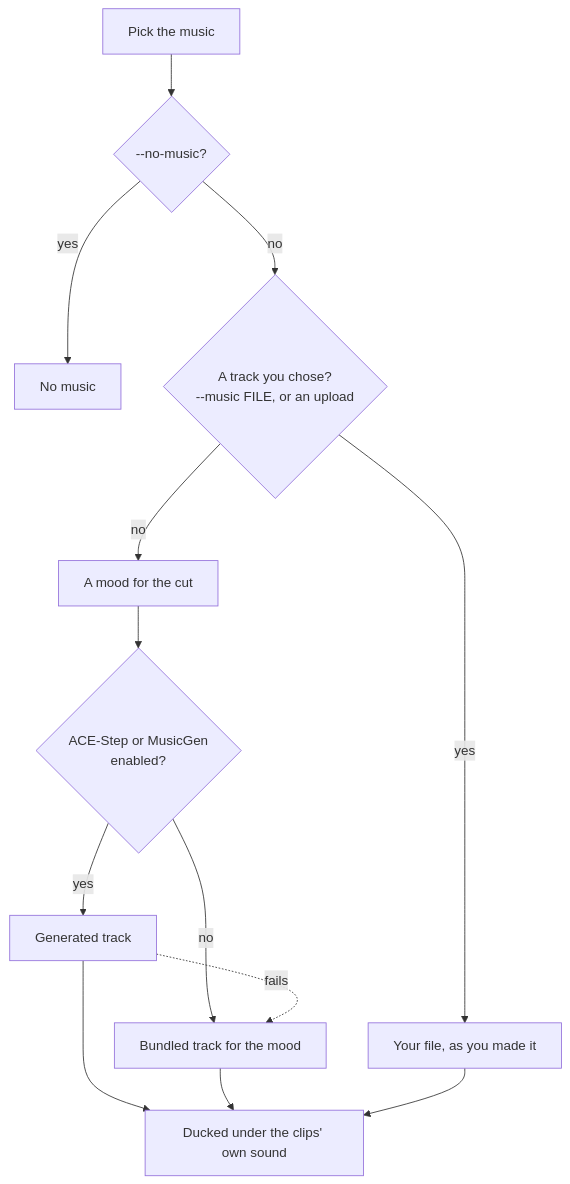
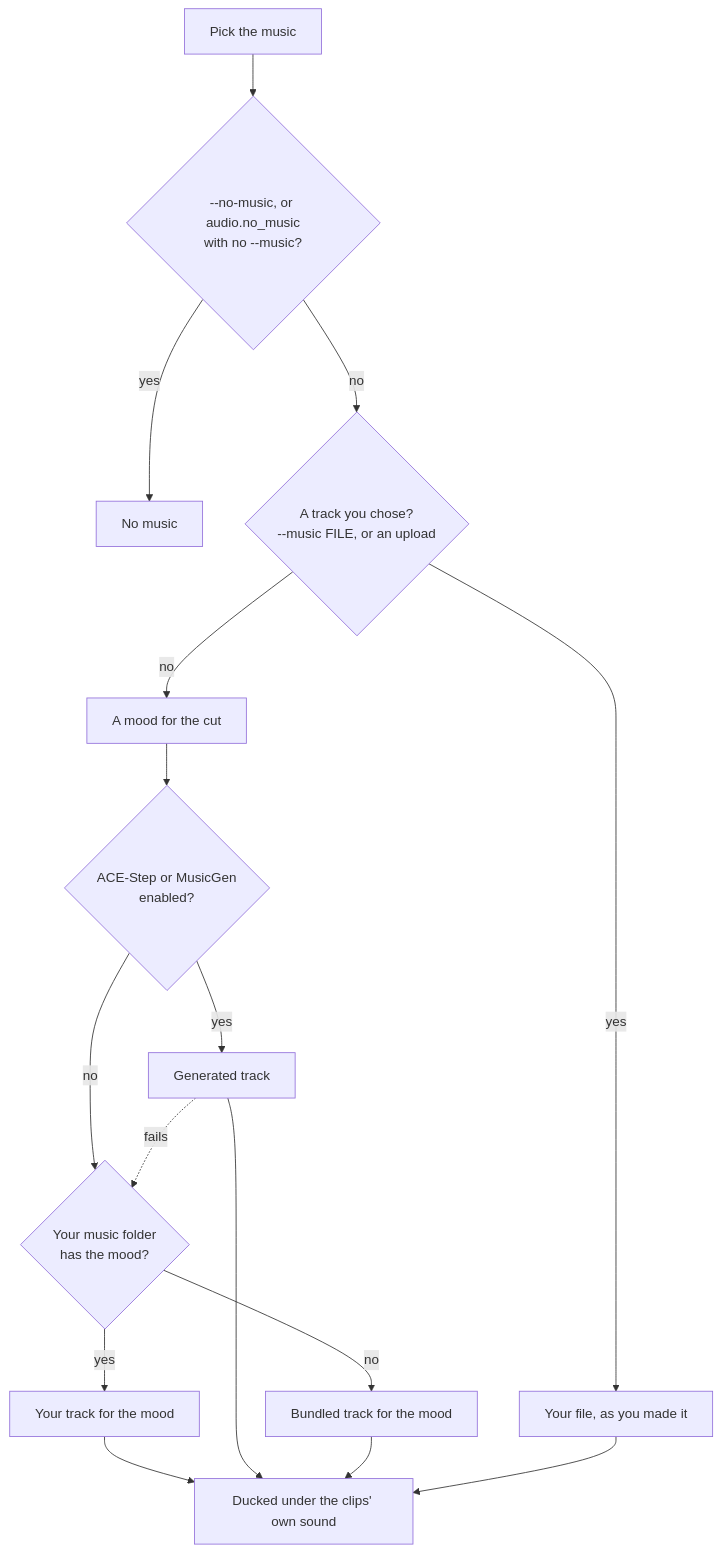
The diagram in docs-site/docs/reference/output-rendering.md (sam-dumont/immich-memories), drawn with Mermaid before and after one commit. The commit also changed other lines of this file and 17 other files, not shown here.

First line of the commit message:
fix(music): films use your own music folder, and no music is a choice in config, web and automation (#2577)

````diff
--- a/docs-site/docs/reference/output-rendering.md
+++ b/docs-site/docs/reference/output-rendering.md
@@ -317,15 +317,18 @@
 ```mermaid
 flowchart TD
-    start["Pick the music"] --> nomusic{"--no-music?"}
+    start["Pick the music"] --> nomusic{"--no-music, or audio.no_music<br/>with no --music?"}
     nomusic -- yes --> silent["No music"]
     nomusic -- no --> file{"A track you chose?<br/>--music FILE, or an upload"}
     file -- yes --> yours["Your file, as you made it"]
     file -- no --> mood["A mood for the cut"]
     mood --> gen{"ACE-Step or MusicGen<br/>enabled?"}
     gen -- yes --> generated["Generated track"]
-    gen -- no --> bundled["Bundled track for the mood"]
-    generated -. fails .-> bundled
+    gen -- no --> own{"Your music folder<br/>has the mood?"}
+    own -- yes --> owntrack["Your track for the mood"]
+    own -- no --> bundled["Bundled track for the mood"]
+    generated -. fails .-> own
+    owntrack --> duck
     generated --> duck["Ducked under the clips' own sound"]
     bundled --> duck
     yours --> duck
 ```
````
